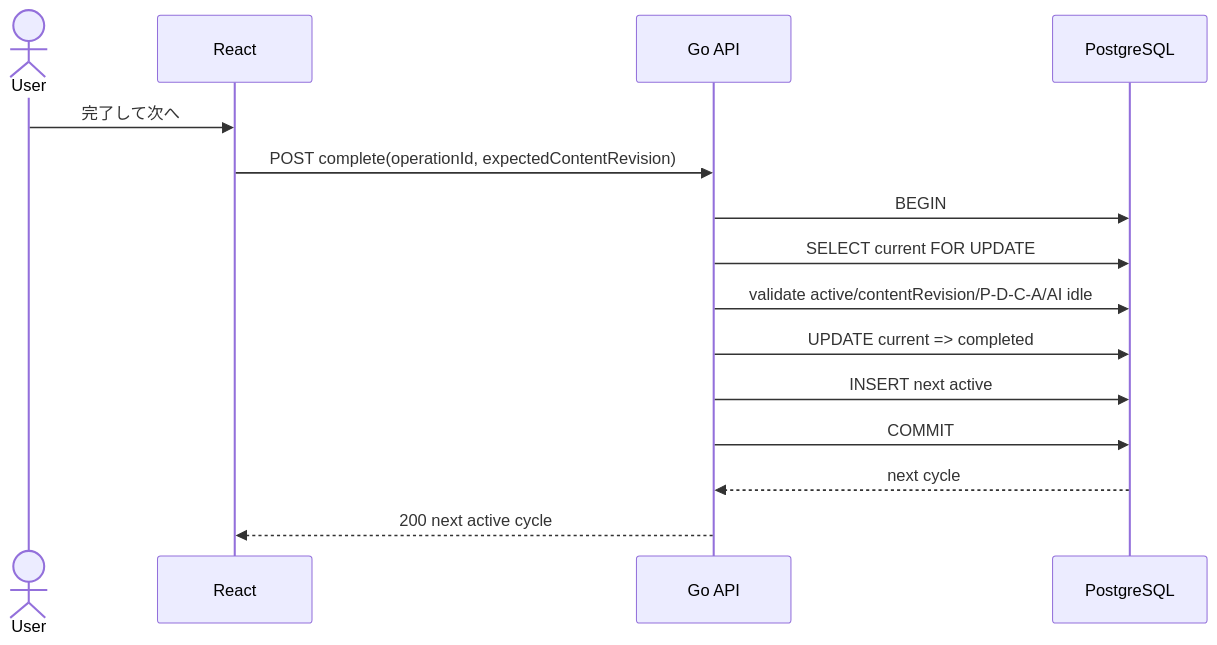
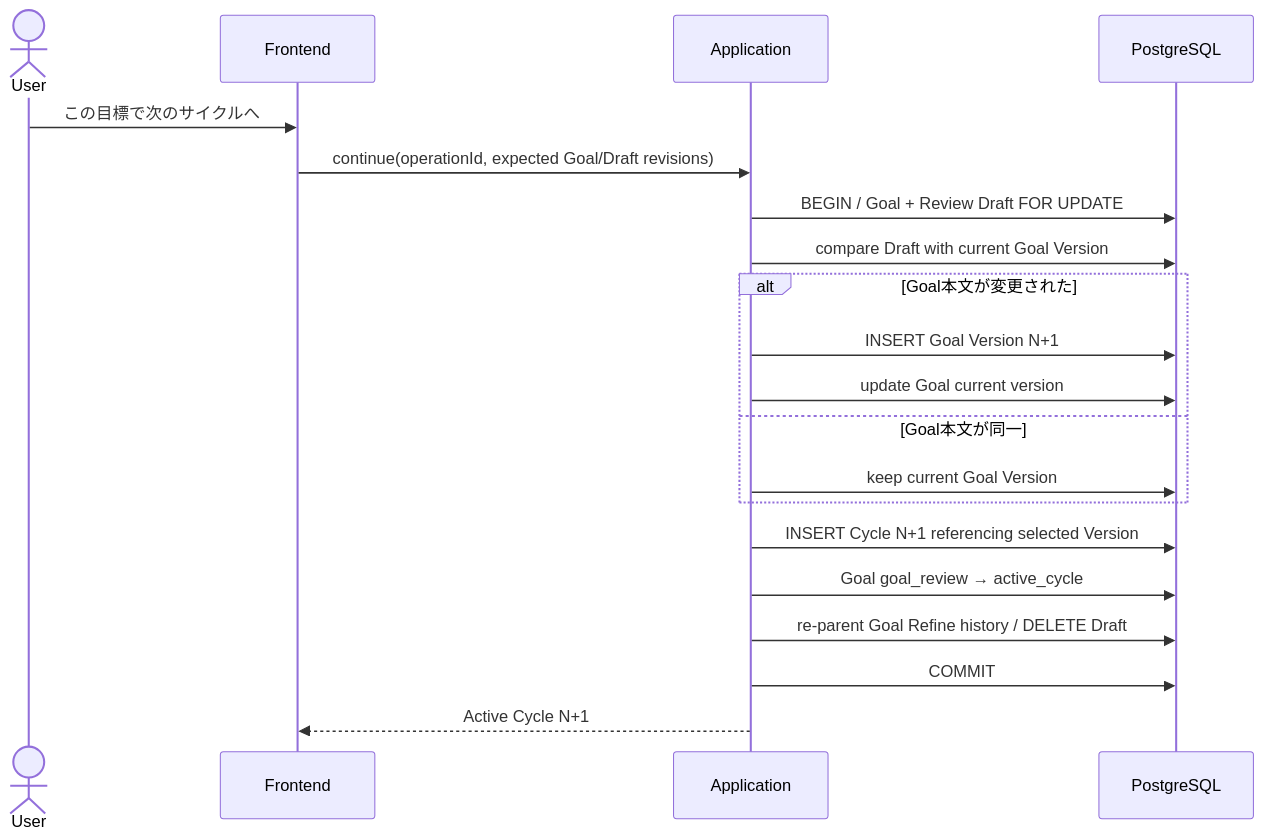
One commit to fukamu/cycle changed the ninth of 12 diagrams in docs/design.md. Above: the diagram before and after it, drawn with Mermaid. The commit also changed other lines of this file, not shown here.

Commit message:
docs: install current PDCAI source of truth

````diff
--- a/docs/design.md
+++ b/docs/design.md
@@ -504,18 +1968,23 @@
 ```mermaid
 sequenceDiagram
     actor U as User
-    participant F as React
-    participant B as Go API
+    participant F as Frontend
+    participant B as Application
     participant DB as PostgreSQL
 
-    U->>F: 完了して次へ
-    F->>B: POST complete(operationId, expectedContentRevision)
-    B->>DB: BEGIN
-    B->>DB: SELECT current FOR UPDATE
-    B->>DB: validate active/contentRevision/P-D-C-A/AI idle
-    B->>DB: UPDATE current => completed
-    B->>DB: INSERT next active
+    U->>F: この目標で次のサイクルへ
+    F->>B: continue(operationId, expected Goal/Draft revisions)
+    B->>DB: BEGIN / Goal + Review Draft FOR UPDATE
+    B->>DB: compare Draft with current Goal Version
+    alt Goal本文が変更された
+        B->>DB: INSERT Goal Version N+1
+        B->>DB: update Goal current version
+    else Goal本文が同一
+        B->>DB: keep current Goal Version
+    end
+    B->>DB: INSERT Cycle N+1 referencing selected Version
+    B->>DB: Goal goal_review → active_cycle
+    B->>DB: re-parent Goal Refine history / DELETE Draft
     B->>DB: COMMIT
-    DB-->>B: next cycle
-    B-->>F: 200 next active cycle
+    B-->>F: Active Cycle N+1
 ```
````
